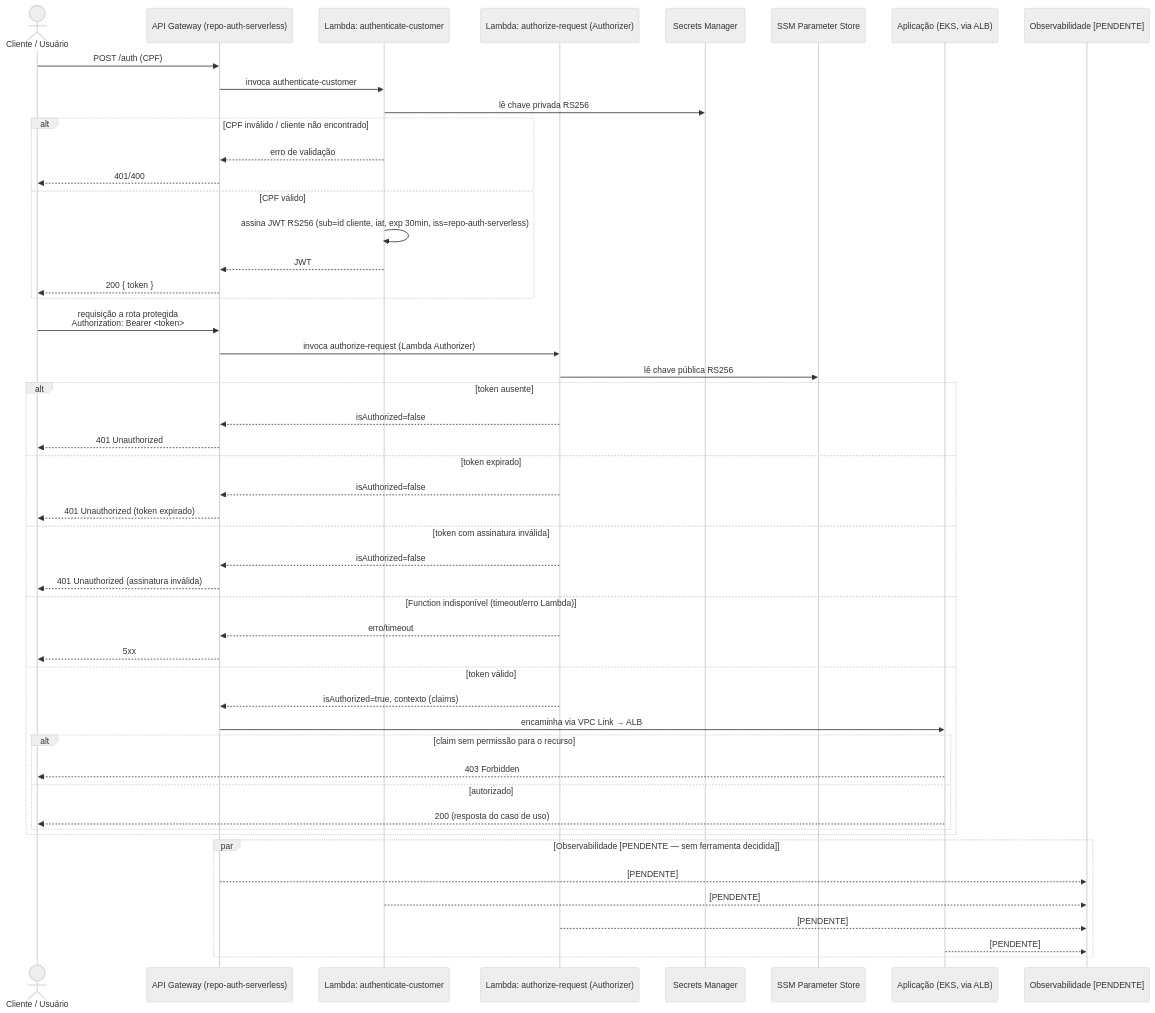
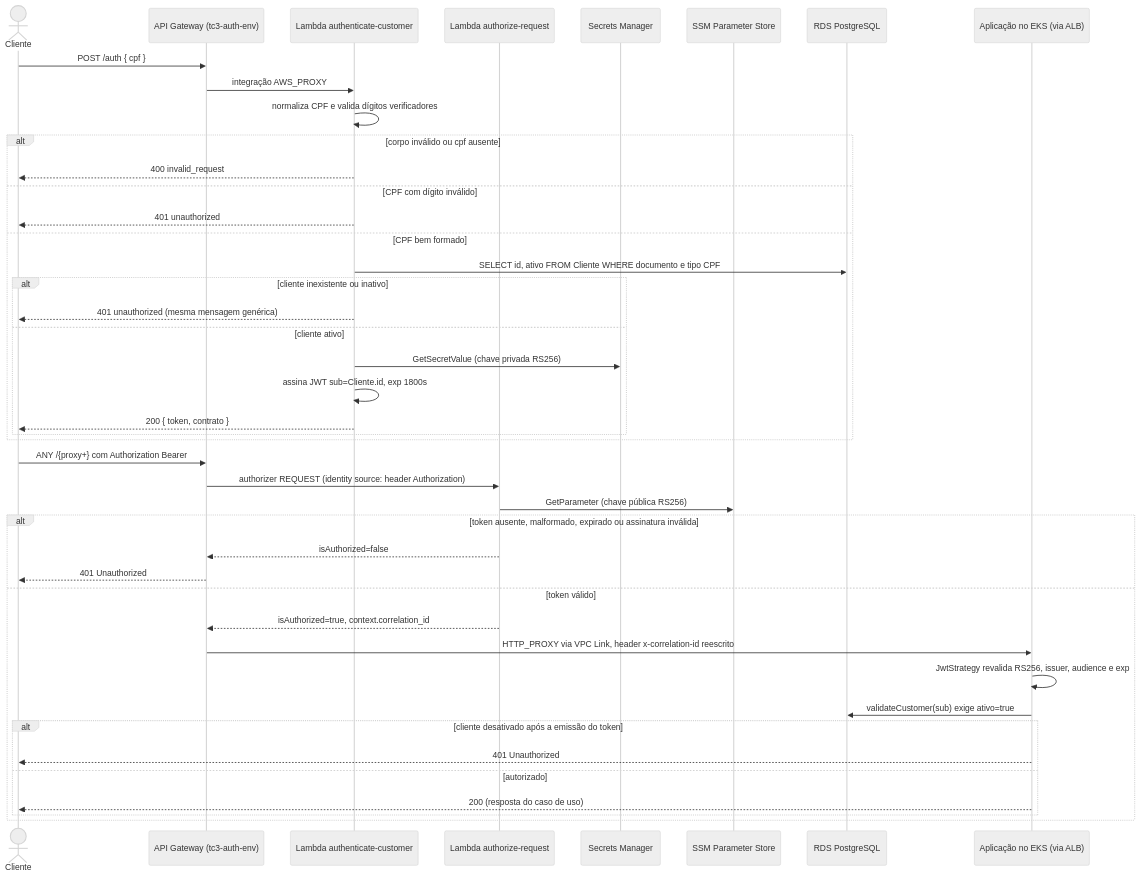
The second of 2 diagrams in docs/architecture/authentication-flow.md (Async-And-Furious/async-furious-project), drawn with Mermaid (neutral theme) before and after one commit. The commit also changed other lines of this file, not shown here.

````diff
--- a/docs/architecture/authentication-flow.md
+++ b/docs/architecture/authentication-flow.md
@@ -64,55 +68,47 @@
 ```mermaid
 sequenceDiagram
-    actor C as Cliente / Usuário
-    participant GW as API Gateway (repo-auth-serverless)
-    participant AuthFn as Lambda: authenticate-customer
-    participant AuthzFn as Lambda: authorize-request (Authorizer)
-    participant Secrets as Secrets Manager
+    actor C as Cliente
+    participant GW as API Gateway (tc3-auth-env)
+    participant AuthFn as Lambda authenticate-customer
+    participant AuthzFn as Lambda authorize-request
+    participant SM as Secrets Manager
     participant SSM as SSM Parameter Store
-    participant App as Aplicação (EKS, via ALB)
-    participant Obs as Observabilidade [PENDENTE]
+    participant RDS as RDS PostgreSQL
+    participant App as Aplicação no EKS (via ALB)
 
-    C->>GW: POST /auth (CPF)
-    GW->>AuthFn: invoca authenticate-customer
-    AuthFn->>Secrets: lê chave privada RS256
-    alt CPF inválido / cliente não encontrado
-        AuthFn-->>GW: erro de validação
-        GW-->>C: 401/400
-    else CPF válido
-        AuthFn->>AuthFn: assina JWT RS256 (sub=id cliente, iat, exp 30min, iss=repo-auth-serverless)
-        AuthFn-->>GW: JWT
-        GW-->>C: 200 { token }
+    C->>GW: POST /auth { cpf }
+    GW->>AuthFn: integração AWS_PROXY
+    AuthFn->>AuthFn: normaliza CPF e valida dígitos verificadores
+    alt corpo inválido ou cpf ausente
+        AuthFn-->>C: 400 invalid_request
+    else CPF com dígito inválido
+        AuthFn-->>C: 401 unauthorized
+    else CPF bem formado
+        AuthFn->>RDS: SELECT id, ativo FROM Cliente WHERE documento e tipo CPF
+        alt cliente inexistente ou inativo
+            AuthFn-->>C: 401 unauthorized (mesma mensagem genérica)
+        else cliente ativo
+            AuthFn->>SM: GetSecretValue (chave privada RS256)
+            AuthFn->>AuthFn: assina JWT sub=Cliente.id, exp 1800s
+            AuthFn-->>C: 200 { token, contrato }
+        end
     end
 
-    C->>GW: requisição a rota protegida<br/>Authorization: Bearer <token>
-    GW->>AuthzFn: invoca authorize-request (Lambda Authorizer)
-    AuthzFn->>SSM: lê chave pública RS256
-    alt token ausente
+    C->>GW: ANY /{proxy+} com Authorization Bearer
+    GW->>AuthzFn: authorizer REQUEST (identity source: header Authorization)
+    AuthzFn->>SSM: GetParameter (chave pública RS256)
+    alt token ausente, malformado, expirado ou assinatura inválida
         AuthzFn-->>GW: isAuthorized=false
         GW-->>C: 401 Unauthorized
-    else token expirado
-        AuthzFn-->>GW: isAuthorized=false
-        GW-->>C: 401 Unauthorized (token expirado)
-    else token com assinatura inválida
-        AuthzFn-->>GW: isAuthorized=false
-        GW-->>C: 401 Unauthorized (assinatura inválida)
-    else Function indisponível (timeout/erro Lambda)
-        AuthzFn-->>GW: erro/timeout
-        GW-->>C: 5xx
     else token válido
-        AuthzFn-->>GW: isAuthorized=true, contexto (claims)
-        GW->>App: encaminha via VPC Link → ALB
-        alt claim sem permissão para o recurso
-            App-->>C: 403 Forbidden
+        AuthzFn-->>GW: isAuthorized=true, context.correlation_id
+        GW->>App: HTTP_PROXY via VPC Link, header x-correlation-id reescrito
+        App->>App: JwtStrategy revalida RS256, issuer, audience e exp
+        App->>RDS: validateCustomer(sub) exige ativo=true
+        alt cliente desativado após a emissão do token
+            App-->>C: 401 Unauthorized
         else autorizado
             App-->>C: 200 (resposta do caso de uso)
         end
     end
-
-    par Observabilidade [PENDENTE — sem ferramenta decidida]
-        GW-->>Obs: [PENDENTE]
-        AuthFn-->>Obs: [PENDENTE]
-        AuthzFn-->>Obs: [PENDENTE]
-        App-->>Obs: [PENDENTE]
-    end
 ```
````
